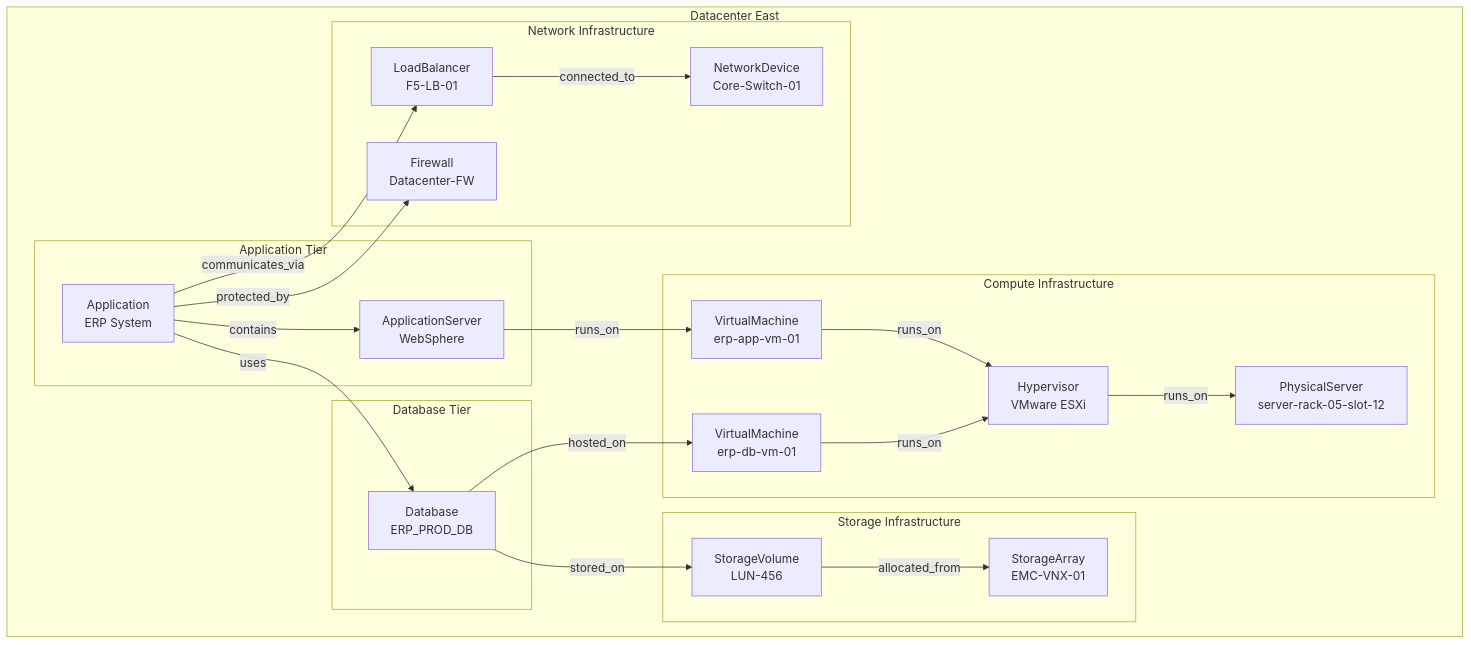
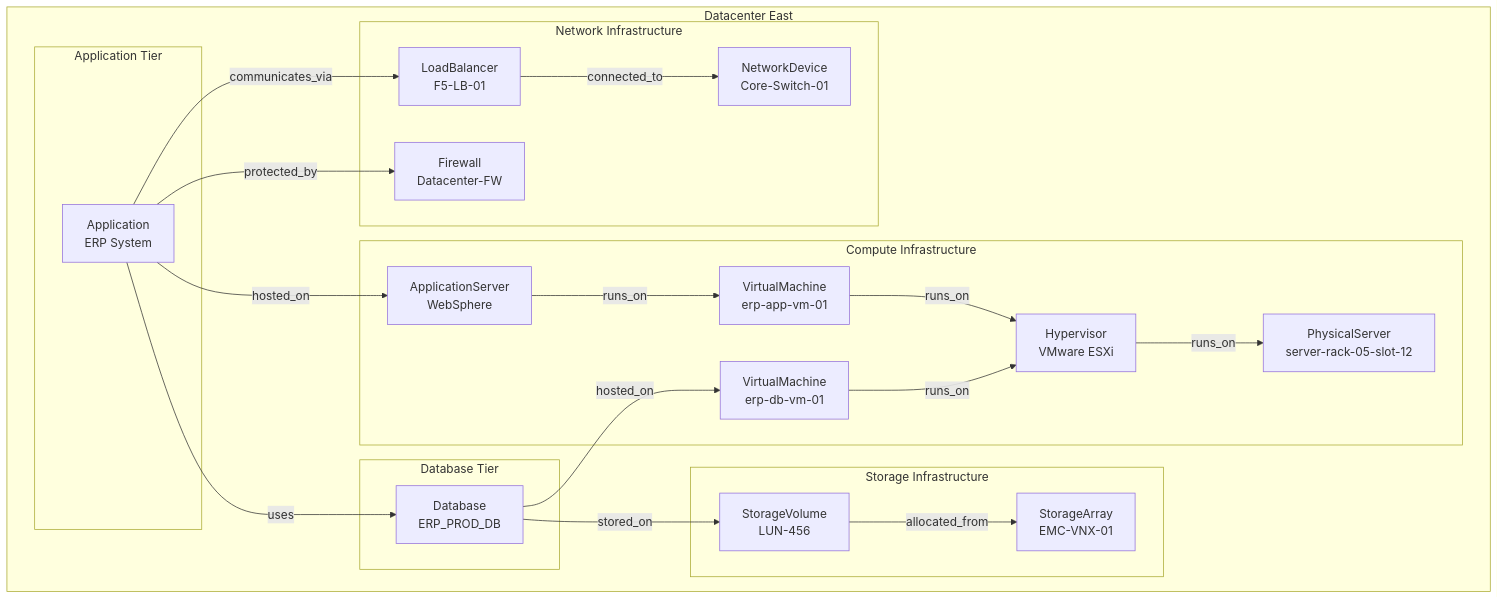
One commit to usumfabricae/it-digital-twin-model changed diagram 12 of 27 in ontology/VISUAL_DIAGRAMS.md. Above: the diagram before and after it, drawn with Mermaid. The commit also changed other lines of this file and 7 other files, not shown here.

First line of the commit message:
refactor: Move ApplicationServer from Layer 2 to Layer 4

````diff
--- a/ontology/VISUAL_DIAGRAMS.md
+++ b/ontology/VISUAL_DIAGRAMS.md
@@ -710,44 +716,44 @@
 ```mermaid
 graph TB
     subgraph "Datacenter East"
         subgraph "Application Tier"
             APP1[Application<br/>ERP System]
-            AS1[ApplicationServer<br/>WebSphere]
         end
         
         subgraph "Database Tier"
             DB1[Database<br/>ERP_PROD_DB]
         end
         
         subgraph "Compute Infrastructure"
+            AS1[ApplicationServer<br/>WebSphere]
             VM1[VirtualMachine<br/>erp-app-vm-01]
             VM2[VirtualMachine<br/>erp-db-vm-01]
             HV1[Hypervisor<br/>VMware ESXi]
             PS1[PhysicalServer<br/>server-rack-05-slot-12]
         end
         
         subgraph "Storage Infrastructure"
             SV1[StorageVolume<br/>LUN-456]
             SA1[StorageArray<br/>EMC-VNX-01]
         end
         
         subgraph "Network Infrastructure"
             LB1[LoadBalancer<br/>F5-LB-01]
             SW1[NetworkDevice<br/>Core-Switch-01]
             FW1[Firewall<br/>Datacenter-FW]
         end
     end
     
-    APP1 -->|contains| AS1
+    APP1 -->|hosted_on| AS1
     AS1 -->|runs_on| VM1
     APP1 -->|uses| DB1
     DB1 -->|hosted_on| VM2
     VM1 -->|runs_on| HV1
     VM2 -->|runs_on| HV1
     HV1 -->|runs_on| PS1
     DB1 -->|stored_on| SV1
     SV1 -->|allocated_from| SA1
     APP1 -->|communicates_via| LB1
     LB1 -->|connected_to| SW1
     APP1 -->|protected_by| FW1
 ```
````
